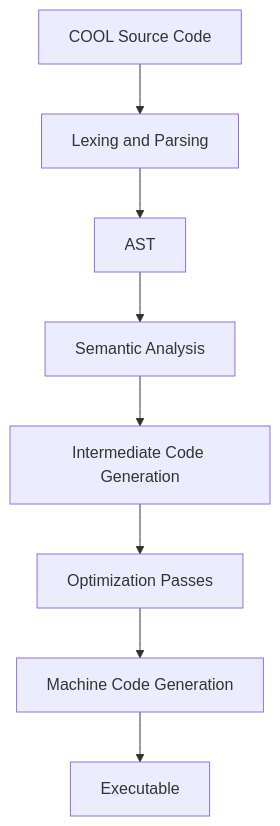
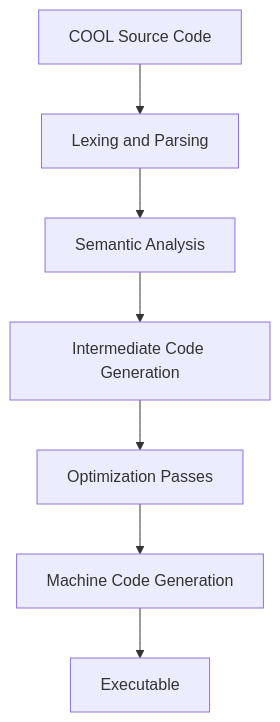
One commit to MooMooHorse/COOL-compiler changed the first of 3 diagrams in README.md. Above: the diagram before and after it, drawn with Mermaid.

````diff
--- a/README.md
+++ b/README.md
@@ -52,10 +52,9 @@
 ```mermaid
 graph TD;
     A[COOL Source Code] --> B[Lexing and Parsing];
-    B --> C[AST];
-    C --> D[Semantic Analysis];
+    B --> D[Semantic Analysis];
     D --> E[Intermediate Code Generation];
     E --> F[Optimization Passes];
     F --> G[Machine Code Generation];
     G --> H[Executable];
 ```
````
